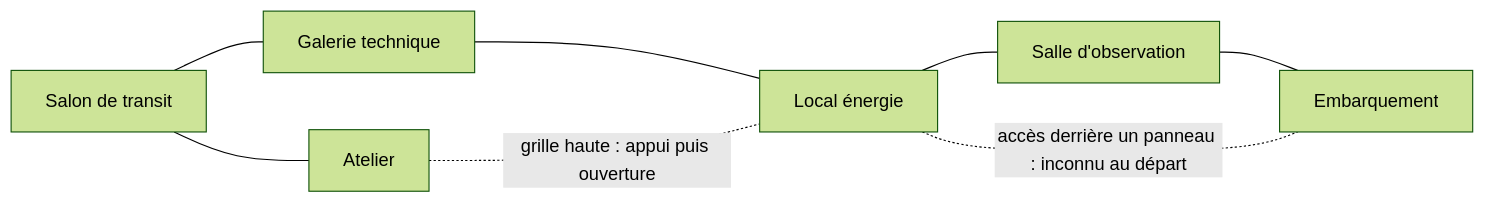
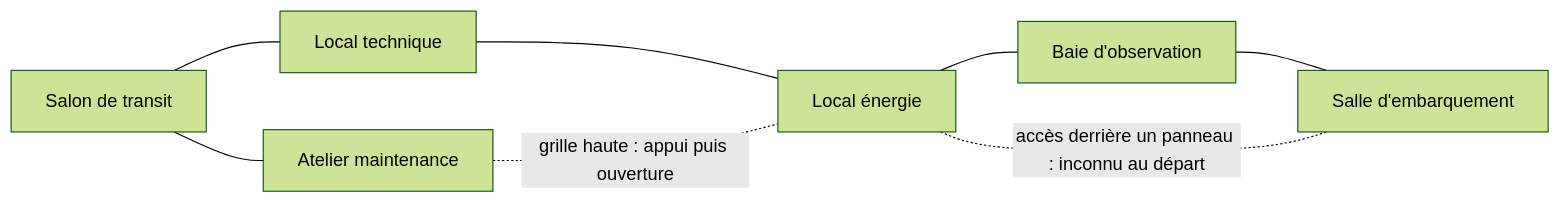
The diagram in docs/08-aventure-reference.md (greffeb/void-walker), drawn with Mermaid (forest theme) before and after one commit. The commit also changed other lines of this file and 9 other files, not shown here.

````diff
--- a/docs/08-aventure-reference.md
+++ b/docs/08-aventure-reference.md
@@ -70,10 +70,10 @@
 ```mermaid
 flowchart LR
-  S[Salon de transit] --- A[Atelier]
-  S --- G[Galerie technique]
+  S[Salon de transit] --- A[Atelier maintenance]
+  S --- G[Local technique]
   G --- P[Local énergie]
   A -. "grille haute : appui puis ouverture" .- P
-  P --- O[Salle d'observation]
-  O --- E[Embarquement]
+  P --- O[Baie d'observation]
+  O --- E[Salle d'embarquement]
   P -. "accès derrière un panneau : inconnu au départ" .- E
 ```
````
